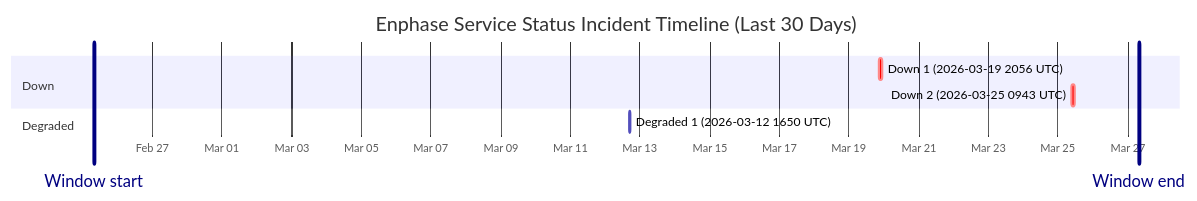
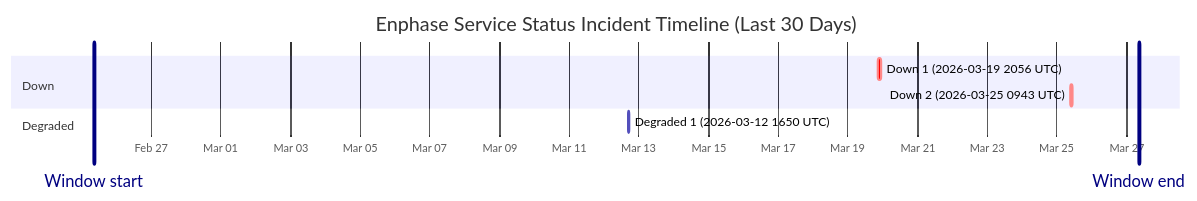
The diagram in wiki/Service-Status-History.md (barneyonline/ha-enphase-ev-charger), drawn with Mermaid before and after one commit. The commit also changed other lines of this file and 3 other files, not shown here.

````diff
--- a/wiki/Service-Status-History.md
+++ b/wiki/Service-Status-History.md
@@ -14,13 +14,13 @@
 ```mermaid
 gantt
     title Enphase Service Status Incident Timeline (Last 30 Days)
     dateFormat  YYYY-MM-DDTHH:mm:ss
     axisFormat  %b %d
-    Window start :vert, window-start, 2026-02-25T07:53:57, 0ms
-    Window end :vert, window-end, 2026-03-27T07:53:57, 0ms
+    Window start :vert, window-start, 2026-02-25T08:40:47, 0ms
+    Window end :vert, window-end, 2026-03-27T08:40:47, 0ms
     section Down
     Down 1 (2026-03-19 2056 UTC) :crit, down-1, 2026-03-19T20:56:20, 145m
     Down 2 (2026-03-25 0943 UTC) :crit, down-2, 2026-03-25T09:43:28, 111m
     section Degraded
     Degraded 1 (2026-03-12 1650 UTC) :active, degraded-1, 2026-03-12T16:50:43, 60m
 ```
````
